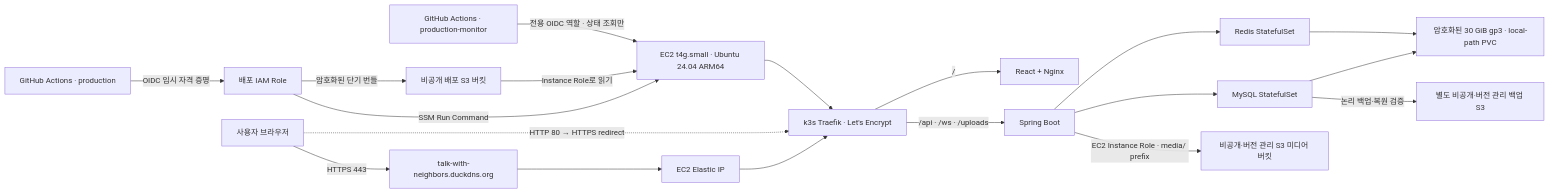
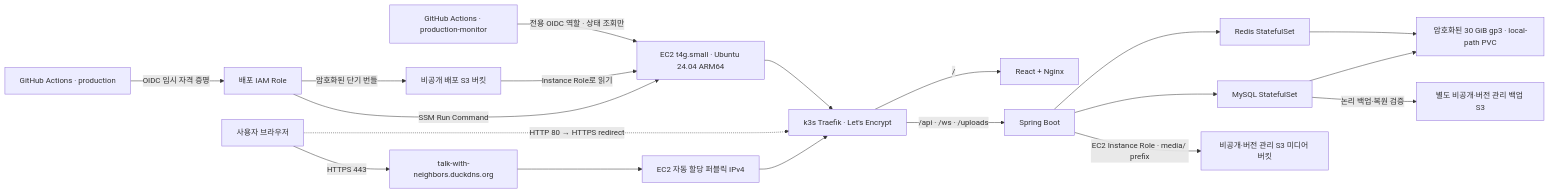
The diagram in docs/deployment/aws-k3s.md (gitUserKHS/talk_with_neighbors_back), drawn with Mermaid before and after one commit. The commit also changed other lines of this file and 101 other files, not shown here.

````diff
--- a/docs/deployment/aws-k3s.md
+++ b/docs/deployment/aws-k3s.md
@@ -11,22 +13,22 @@
 ```mermaid
 flowchart LR
     U["사용자 브라우저"] -->|"HTTPS 443"| DNS["talk-with-neighbors.duckdns.org"]
-    DNS --> IP["EC2 Elastic IP"]
+    DNS --> IP["EC2 자동 할당 퍼블릭 IPv4"]
     IP --> T["k3s Traefik · Let's Encrypt"]
     U -. "HTTP 80 → HTTPS redirect" .-> T
     T -->|"/"| F["React + Nginx"]
     T -->|"/api · /ws · /uploads"| B["Spring Boot"]
     B --> M["MySQL StatefulSet"]
     B --> R["Redis StatefulSet"]
     M --> E["암호화된 30 GiB gp3 · local-path PVC"]
     R --> E
     B -->|"EC2 Instance Role · media/ prefix"| S3["비공개·버전 관리 S3 미디어 버킷"]
 
     G["GitHub Actions · production"] -->|"OIDC 임시 자격 증명"| IAM["배포 IAM Role"]
     IAM -->|"암호화된 단기 번들"| DS3["비공개 배포 S3 버킷"]
     IAM -->|"SSM Run Command"| EC2["EC2 t4g.small · Ubuntu 24.04 ARM64"]
     DS3 -->|"Instance Role로 읽기"| EC2
     M -->|"논리 백업·복원 검증"| BS3["별도 비공개·버전 관리 백업 S3"]
     GM["GitHub Actions · production-monitor"] -->|"전용 OIDC 역할 · 상태 조회만"| EC2
     EC2 --> T
 ```
````
